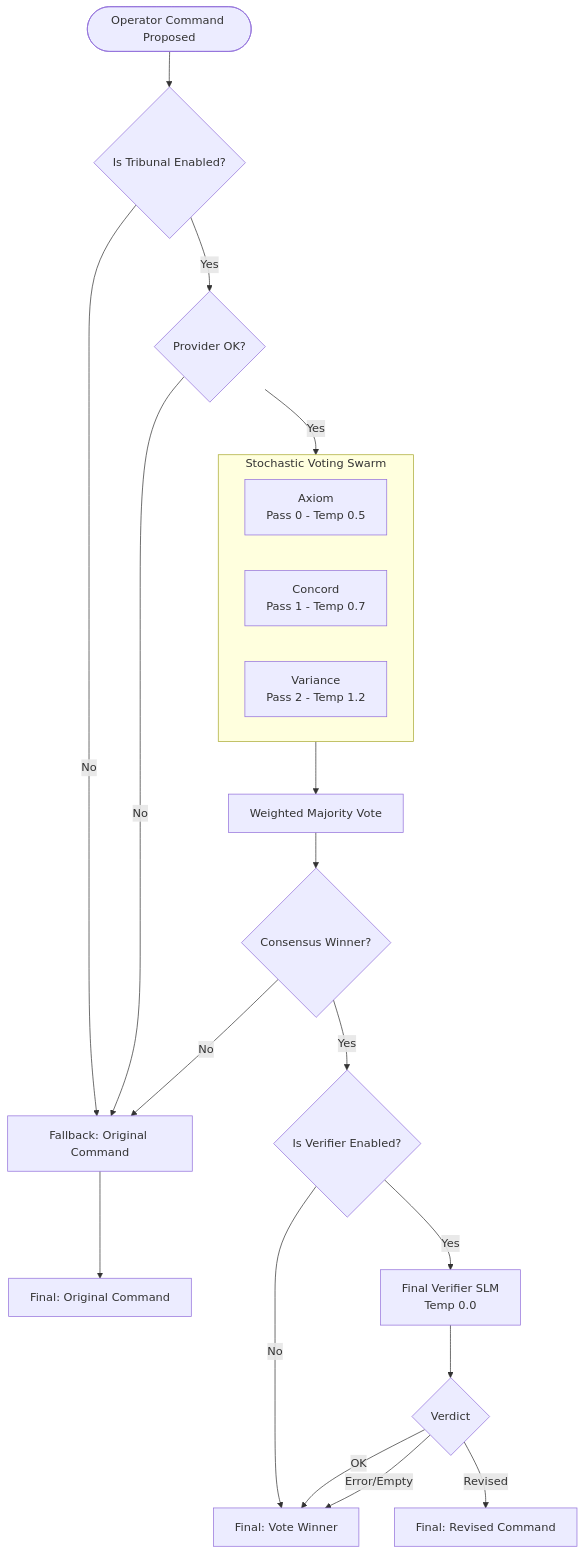
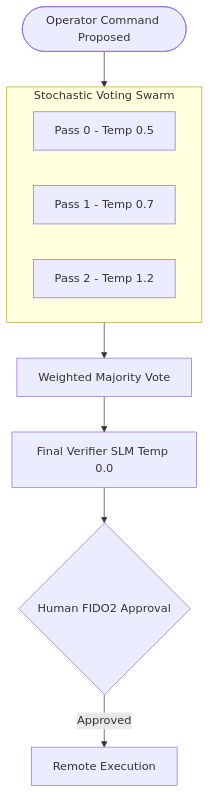
One commit to g8e-ai/g8e changed the first of 2 diagrams in README.md. Above: the diagram before and after it, drawn with Mermaid. The commit also changed other lines of this file and 36 other files, not shown here.

Commit message:
improve architecture diagram

````diff
--- a/README.md
+++ b/README.md
@@ -110,33 +82,16 @@
 ```mermaid
 flowchart TD
-    In([Operator Command Proposed]) --> Enabled{Is Tribunal Enabled?}
-    
-    Enabled -- No --> Fallback[Fallback: Original Command]
-    Enabled -- Yes --> Provider{Provider OK?}
-    
-    Provider -- No --> Fallback
-    Provider -- Yes --> Gen[Parallel Generation Phase]
+    In([Operator Command Proposed]) --> Gen[Parallel Generation Phase]
     
     subgraph Gen [Stochastic Voting Swarm]
         direction LR
-        P1[Axiom<br/>Pass 0 - Temp 0.5]
-        P2[Concord<br/>Pass 1 - Temp 0.7]
-        P3[Variance<br/>Pass 2 - Temp 1.2]
+        P1[Pass 0 - Temp 0.5]
+        P2[Pass 1 - Temp 0.7]
+        P3[Pass 2 - Temp 1.2]
     end
     
     Gen --> Vote[Weighted Majority Vote]
-    Vote --> Winner{Consensus Winner?}
-    
-    Winner -- No --> Fallback
-    Winner -- Yes --> VerifierEnabled{Is Verifier Enabled?}
-    
-    VerifierEnabled -- No --> OutVote[Final: Vote Winner]
-    VerifierEnabled -- Yes --> Verify[Final Verifier SLM<br/>Temp 0.0]
-    
-    Verify --> Review{Verdict}
-    Review -- OK --> OutVote
-    Review -- Error/Empty --> OutVote
-    Review -- Revised --> OutRev[Final: Revised Command]
-    
-    Fallback --> OutFall[Final: Original Command]
+    Vote --> Verify[Final Verifier SLM Temp 0.0]
+    Verify --> Approval{Human FIDO2 Approval}
+    Approval -- Approved --> Exec[Remote Execution]
 ```
````
